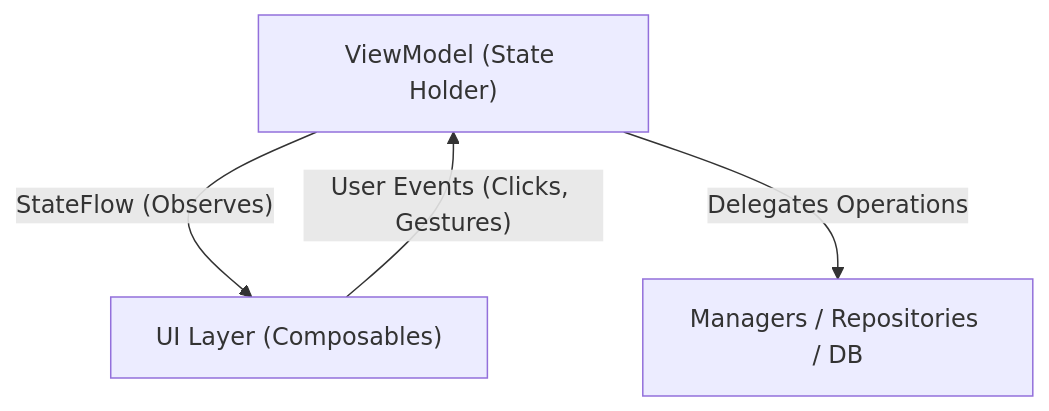
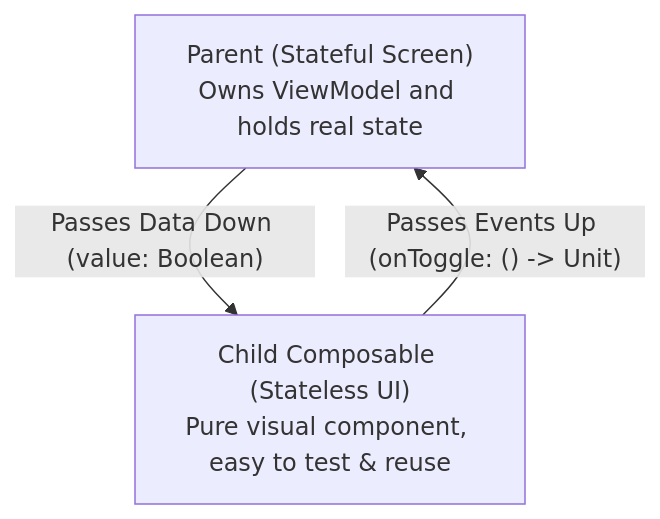
Before and after one commit to easoyeb/dev-likeAPro: the fourth of 4 diagrams in docs/android-course/module1-basics.md, drawn with Mermaid. The commit also changed other lines of this file, not shown here.

````diff
--- a/docs/android-course/module1-basics.md
+++ b/docs/android-course/module1-basics.md
@@ -7,6 +195,6 @@
 ```mermaid
 flowchart TD
-    VM["ViewModel (State Holder)"] -->|"StateFlow (Observes)"| UI["UI Layer (Composables)"]
-    UI -->|"User Events (Clicks, Gestures)"| VM
-    VM -->|"Delegates Operations"| Repo["Managers / Repositories / DB"]
+    Parent["Parent (Stateful Screen)<br>Owns ViewModel and holds real state"] 
+    -->|"Passes Data Down (value: Boolean)"| Child["Child Composable (Stateless UI)<br>Pure visual component, easy to test & reuse"]
+    Child -->|"Passes Events Up (onToggle: () -> Unit)"| Parent
 ```
````
